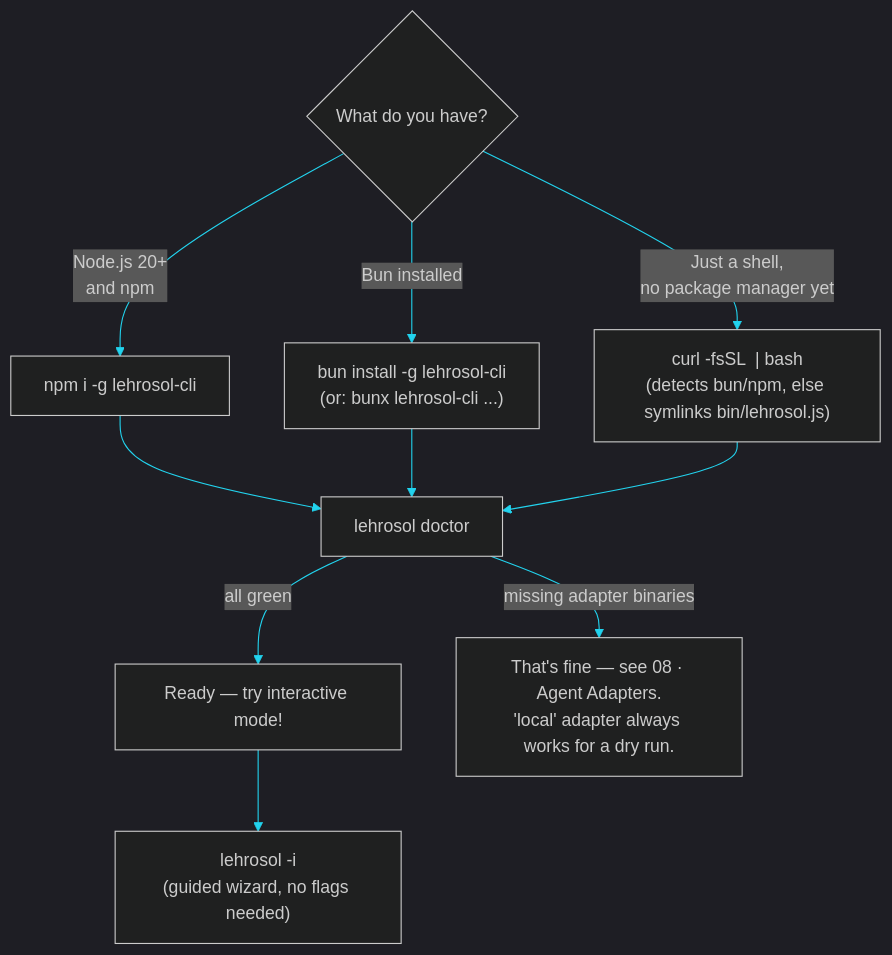
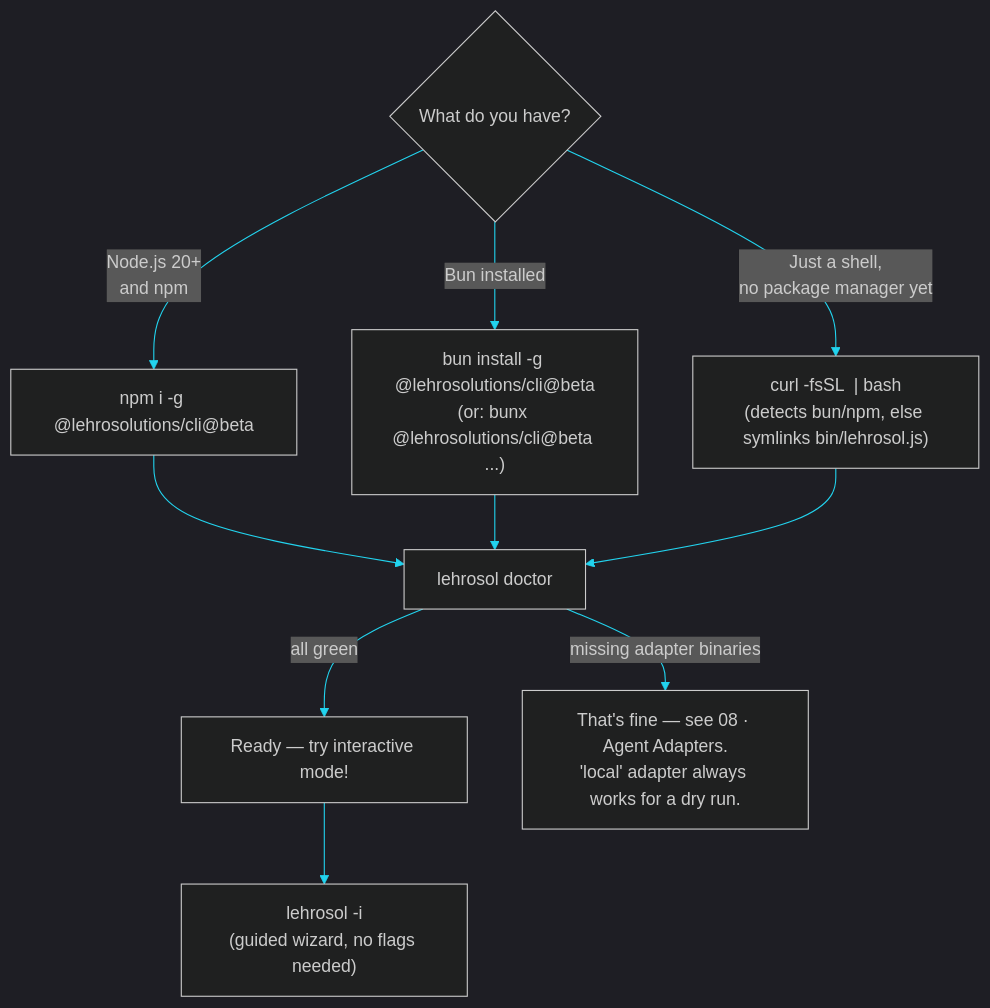
The first of 2 diagrams in docs/10-how-to-use.md (LehroSolutions/lehrosol-cli), drawn with Mermaid before and after one commit. The commit also changed 22 other files, not shown here.

````diff
--- a/docs/10-how-to-use.md
+++ b/docs/10-how-to-use.md
@@ -9,14 +9,14 @@
 ```mermaid
 %%{init: {'theme':'dark', 'themeVariables': {'primaryColor':'#0f1720','primaryTextColor':'#e6faff','primaryBorderColor':'#22d3ee','lineColor':'#22d3ee','secondaryColor':'#111827','tertiaryColor':'#05070a'}}}%%
 flowchart TD
     START{"What do you have?"}
-    START -->|"Node.js 20+\nand npm"| NPM["npm i -g lehrosol-cli"]
-    START -->|"Bun installed"| BUN["bun install -g lehrosol-cli\n(or: bunx lehrosol-cli ...)"]
+    START -->|"Node.js 20+\nand npm"| NPM["npm i -g @lehrosolutions/cli@beta"]
+    START -->|"Bun installed"| BUN["bun install -g @lehrosolutions/cli@beta\n(or: bunx @lehrosolutions/cli@beta ...)"]
     START -->|"Just a shell,\nno package manager yet"| CURL["curl -fsSL <install-url> | bash\n(detects bun/npm, else symlinks bin/lehrosol.js)"]
     NPM --> VERIFY["lehrosol doctor"]
     BUN --> VERIFY
     CURL --> VERIFY
     VERIFY -->|"all green"| READY["Ready — try interactive mode!"]
     READY --> INT["lehrosol -i\n(guided wizard, no flags needed)"]
     VERIFY -->|"missing adapter binaries"| ADAPT["That's fine — see 08 · Agent Adapters.\n'local' adapter always works for a dry run."]
 ```
````
